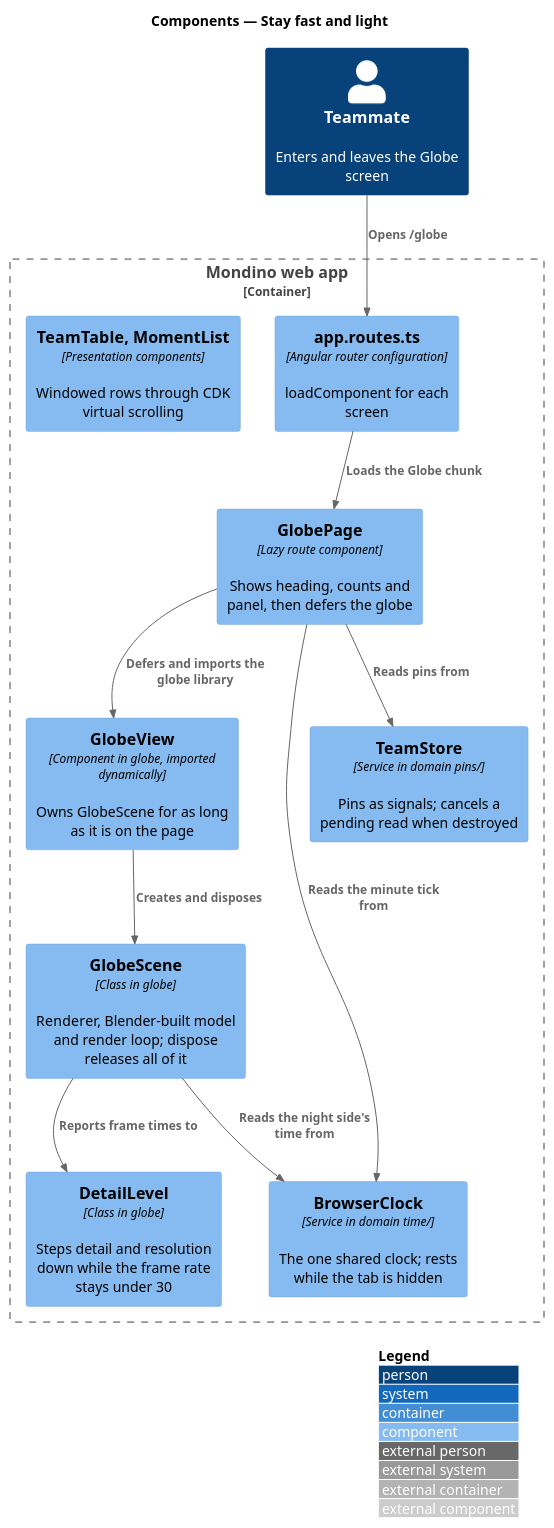
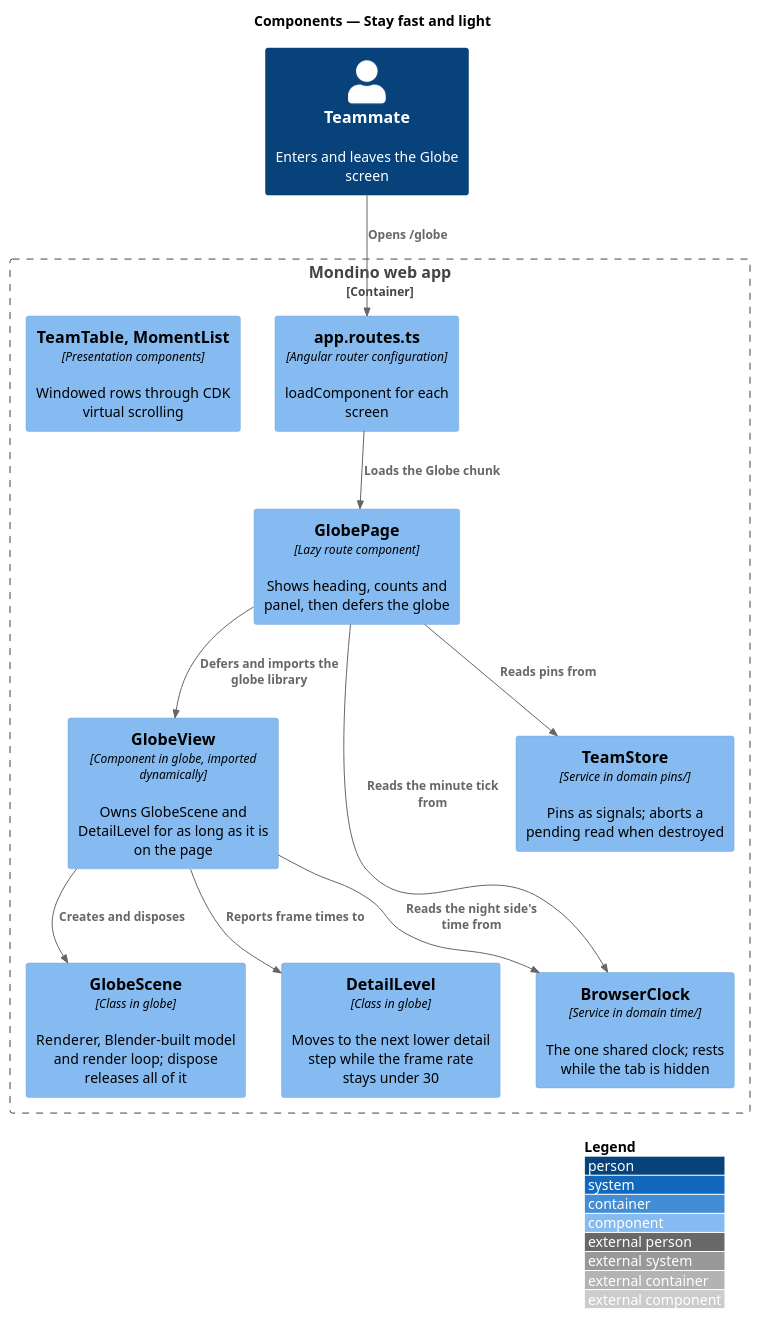
One commit to QuinntyneBrown/Mondino changed the diagram in docs/detailed-designs/platform/stay-fast-and-light/diagrams/c4-component.puml. Above: the diagram before and after it, drawn with PlantUML. The commit also changed 23 other files, not shown here.

```diff
--- a/docs/detailed-designs/platform/stay-fast-and-light/diagrams/c4-component.puml
+++ b/docs/detailed-designs/platform/stay-fast-and-light/diagrams/c4-component.puml
@@ -1,25 +1,25 @@
 @startuml
 !include <C4/C4_Component>
 LAYOUT_WITH_LEGEND()
 title Components — Stay fast and light
 
 Person(teammate, "Teammate", "Enters and leaves the Globe screen")
 Container_Boundary(spa, "Mondino web app") {
   Component(routes, "app.routes.ts", "Angular router configuration", "loadComponent for each screen")
   Component(page, "GlobePage", "Lazy route component", "Shows heading, counts and panel, then defers the globe")
-  Component(view, "GlobeView", "Component in globe, imported dynamically", "Owns GlobeScene for as long as it is on the page")
+  Component(view, "GlobeView", "Component in globe, imported dynamically", "Owns GlobeScene and DetailLevel for as long as it is on the page")
   Component(scene, "GlobeScene", "Class in globe", "Renderer, Blender-built model and render loop; dispose releases all of it")
-  Component(detail, "DetailLevel", "Class in globe", "Steps detail and resolution down while the frame rate stays under 30")
+  Component(detail, "DetailLevel", "Class in globe", "Moves to the next lower detail step while the frame rate stays under 30")
   Component(clock, "BrowserClock", "Service in domain time/", "The one shared clock; rests while the tab is hidden")
-  Component(store, "TeamStore", "Service in domain pins/", "Pins as signals; cancels a pending read when destroyed")
+  Component(store, "TeamStore", "Service in domain pins/", "Pins as signals; aborts a pending read when destroyed")
   Component(lists, "TeamTable, MomentList", "Presentation components", "Windowed rows through CDK virtual scrolling")
 }
 Rel(teammate, routes, "Opens /globe")
 Rel(routes, page, "Loads the Globe chunk")
 Rel(page, view, "Defers and imports the globe library")
 Rel(view, scene, "Creates and disposes")
-Rel(scene, detail, "Reports frame times to")
-Rel(scene, clock, "Reads the night side's time from")
+Rel(view, detail, "Reports frame times to")
+Rel(view, clock, "Reads the night side's time from")
 Rel(page, store, "Reads pins from")
 Rel(page, clock, "Reads the minute tick from")
 @enduml
```
